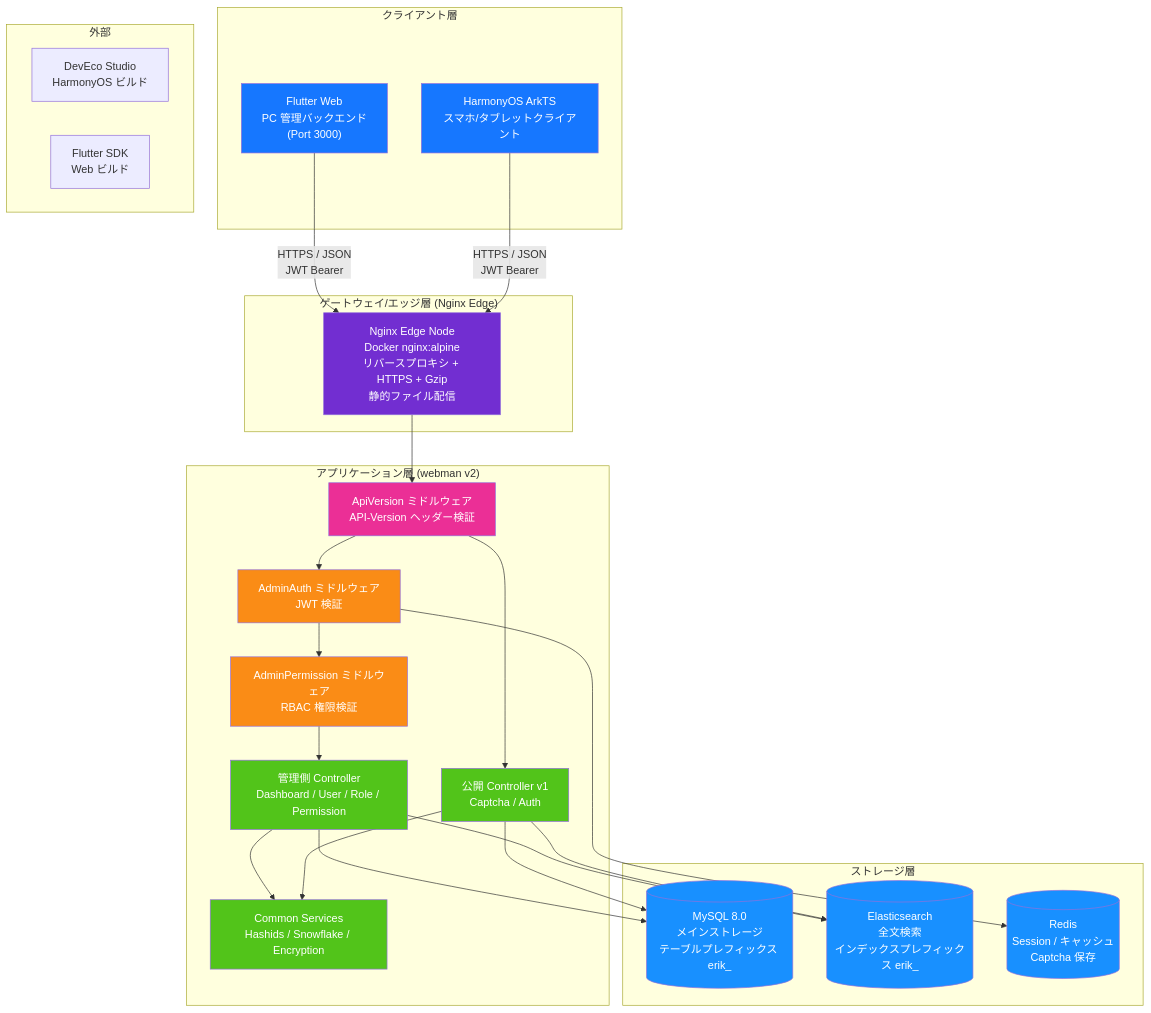
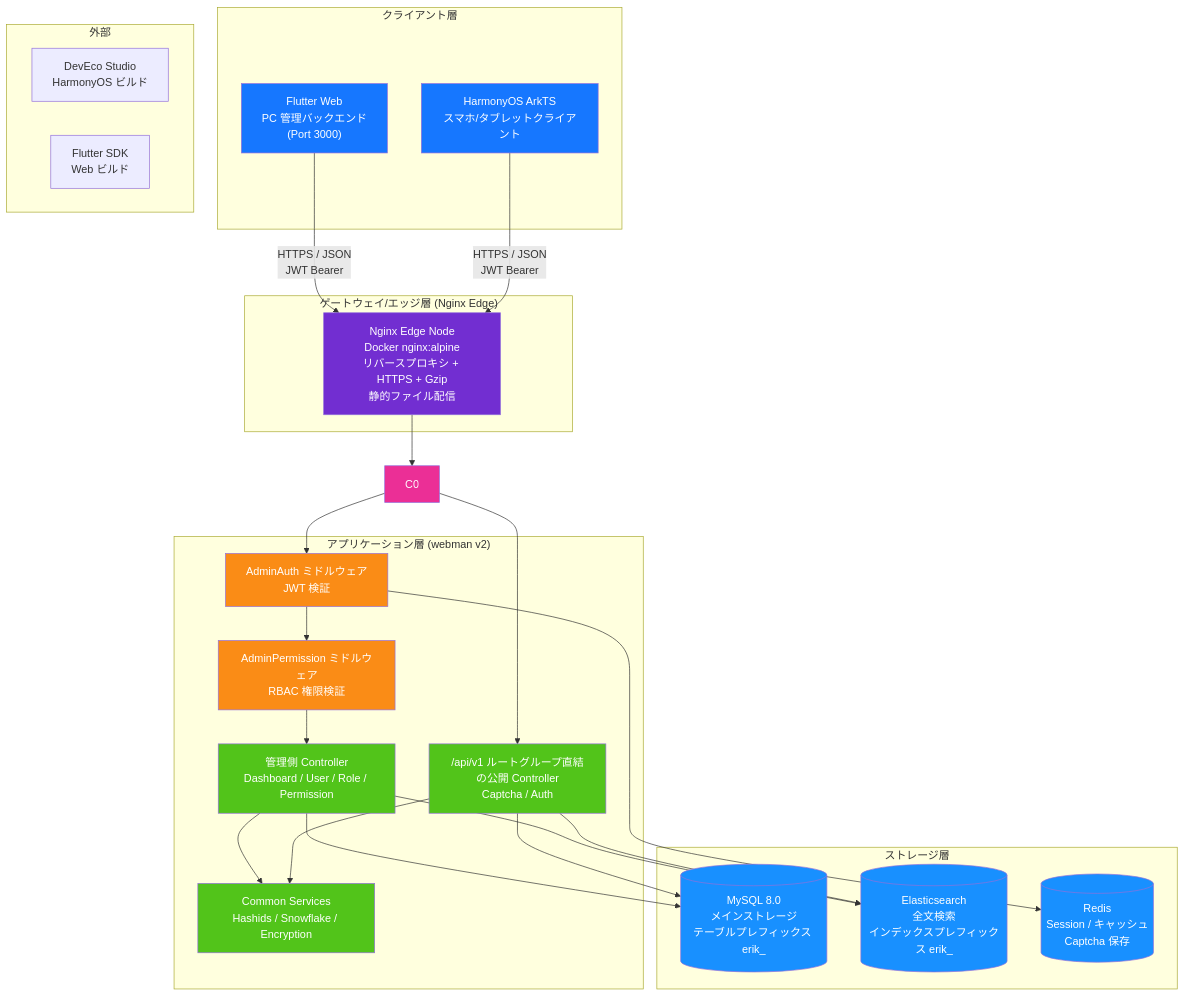
Before and after one commit to erikwang2013/open-admin: the first of 14 diagrams in docs/ARCHITECTURE.ja.md, drawn with Mermaid. The commit also changed other lines of this file and 115 other files, not shown here.

First line of the commit message:
功能：新增项目宠物「小安」、站点首页与手写 SVG 设计图集；全部文档对齐代码

````diff
--- a/docs/ARCHITECTURE.ja.md
+++ b/docs/ARCHITECTURE.ja.md
@@ -13,59 +15,58 @@
 ```mermaid
 flowchart TB
     subgraph "クライアント層"
         A1["Flutter Web<br/>PC 管理バックエンド<br/>(Port 3000)"]
         A2["HarmonyOS ArkTS<br/>スマホ/タブレットクライアント"]
     end
 
     subgraph "ゲートウェイ/エッジ層 (Nginx Edge)"
         B1["Nginx Edge Node<br/>Docker nginx:alpine<br/>リバースプロキシ + HTTPS + Gzip<br/>静的ファイル配信"]
     end
 
     subgraph "アプリケーション層 (webman v2)"
-        C0["ApiVersion ミドルウェア<br/>API-Version ヘッダー検証"]
         C1["AdminAuth ミドルウェア<br/>JWT 検証"]
         C2["AdminPermission ミドルウェア<br/>RBAC 権限検証"]
         C3["管理側 Controller<br/>Dashboard / User / Role / Permission"]
-        C4["公開 Controller v1<br/>Captcha / Auth"]
+        C4["/api/v1 ルートグループ直結の公開 Controller<br/>Captcha / Auth"]
         C5["Common Services<br/>Hashids / Snowflake / Encryption"]
     end
 
     subgraph "ストレージ層"
         D1[("MySQL 8.0<br/>メインストレージ<br/>テーブルプレフィックス erik_")]
         D2[("Elasticsearch<br/>全文検索<br/>インデックスプレフィックス erik_")]
         D3[("Redis<br/>Session / キャッシュ<br/>Captcha 保存")]
     end
 
     subgraph "外部"
         E1["DevEco Studio<br/>HarmonyOS ビルド"]
         E2["Flutter SDK<br/>Web ビルド"]
     end
 
     A1 -->|"HTTPS / JSON<br/>JWT Bearer"| B1
     A2 -->|"HTTPS / JSON<br/>JWT Bearer"| B1
     B1 --> C0
     C0 --> C1
     C1 --> C2
     C2 --> C3
     C0 --> C4
     C3 --> C5
     C4 --> C5
     C3 --> D1
     C4 --> D1
     C3 --> D2
     C4 --> D2
     C1 --> D3
 
     style A1 fill:#1677FF,color:#fff
     style A2 fill:#1677FF,color:#fff
     style B1 fill:#722ED1,color:#fff
     style C0 fill:#EB2F96,color:#fff
     style C1 fill:#FA8C16,color:#fff
     style C2 fill:#FA8C16,color:#fff
     style C3 fill:#52C41A,color:#fff
     style C4 fill:#52C41A,color:#fff
     style C5 fill:#52C41A,color:#fff
     style D1 fill:#1890FF,color:#fff
     style D2 fill:#1890FF,color:#fff
     style D3 fill:#1890FF,color:#fff
 ```
````
